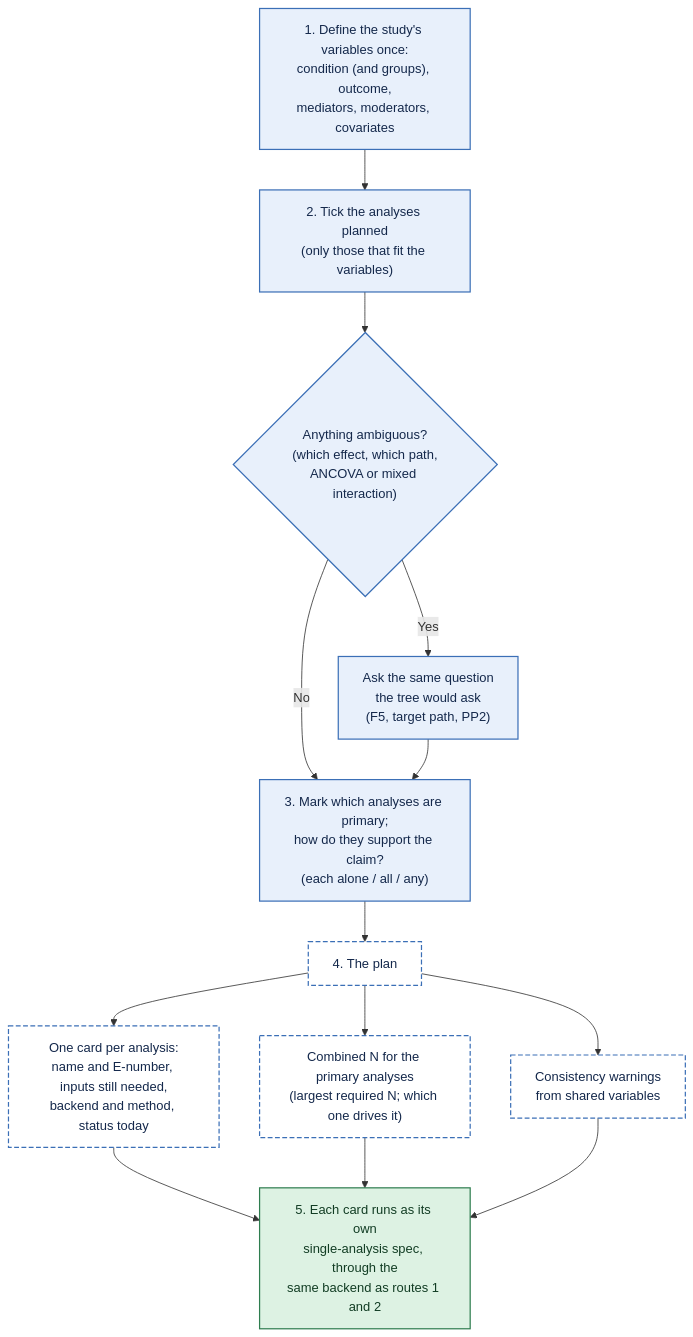
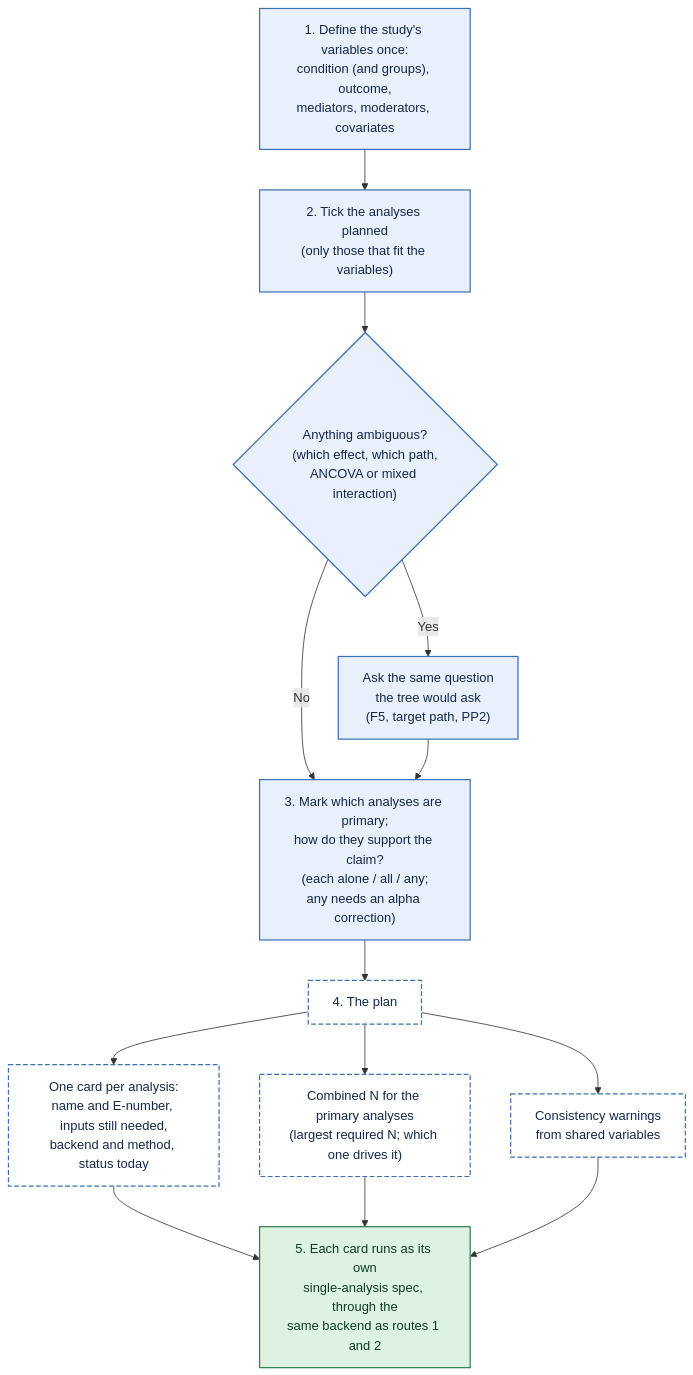
The diagram in docs/figures/decision-tree/G-study-planner.mmd (JoelThornton/Powerkit), drawn with Mermaid before and after one commit. The commit also changed 3 other files, not shown here.

First line of the commit message:
decision-tree: alpha correction for "any one is enough", joint-power floor, worked conversion

```diff
--- a/docs/figures/decision-tree/G-study-planner.mmd
+++ b/docs/figures/decision-tree/G-study-planner.mmd
@@ -1,20 +1,20 @@
 flowchart TD
   V["1. Define the study's variables once:<br/>condition (and groups), outcome,<br/>mediators, moderators, covariates"]
   V --> T["2. Tick the analyses planned<br/>(only those that fit the variables)"]
   T --> AQ{"Anything ambiguous?<br/>(which effect, which path,<br/>ANCOVA or mixed interaction)"}
   AQ -->|Yes| TQ["Ask the same question<br/>the tree would ask<br/>(F5, target path, PP2)"]
   AQ -->|No| P
-  TQ --> P["3. Mark which analyses are primary;<br/>how do they support the claim?<br/>(each alone / all / any)"]
+  TQ --> P["3. Mark which analyses are primary;<br/>how do they support the claim?<br/>(each alone / all / any;<br/>any needs an alpha correction)"]
   P --> PL["4. The plan"]
   PL --> C1["One card per analysis:<br/>name and E-number, inputs still needed,<br/>backend and method, status today"]
   PL --> CN["Combined N for the primary analyses<br/>(largest required N; which one drives it)"]
   PL --> CW["Consistency warnings<br/>from shared variables"]
   C1 --> R["5. Each card runs as its own<br/>single-analysis spec, through the<br/>same backend as routes 1 and 2"]
   CN --> R
   CW --> R
   classDef q fill:#E8F0FB,stroke:#3B6FB6,color:#14284B,stroke-width:1.5px
   classDef avail fill:#DDF2E3,stroke:#2E7D4F,color:#123D24,stroke-width:1.5px
   classDef jump fill:#FFFFFF,stroke:#3B6FB6,color:#14284B,stroke-width:1.5px,stroke-dasharray:6 3
   class V,T,AQ,TQ,P q
   class PL,C1,CN,CW jump
   class R avail
```
